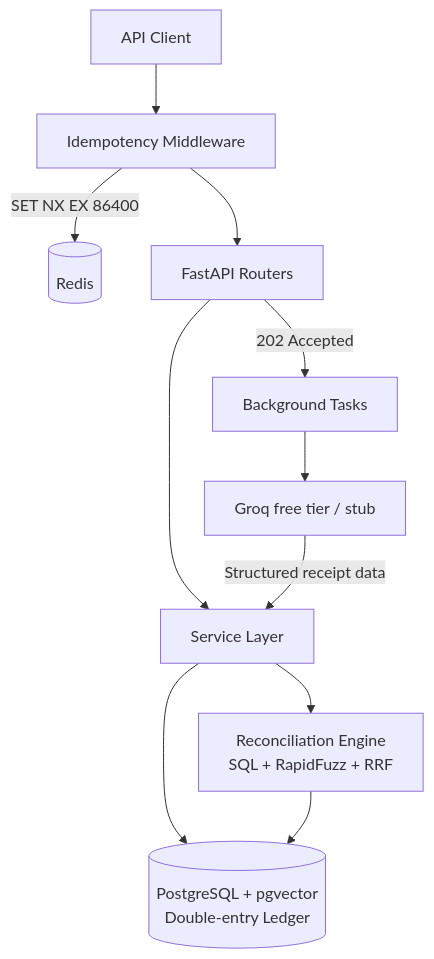
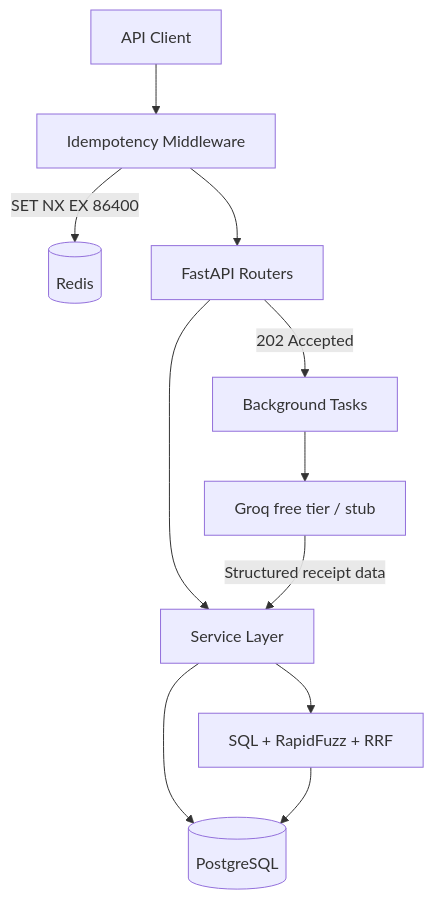
One commit to ikrame-ih/reckon-flow changed the diagram in README.md. Above: the diagram before and after it, drawn with Mermaid. The commit also changed other lines of this file and 88 other files, not shown here.

````diff
--- a/README.md
+++ b/README.md
@@ -24,13 +27,13 @@
 ```mermaid
 flowchart TD
   Client[API Client] --> MW[Idempotency Middleware]
   MW -->|"SET NX EX 86400"| Redis[(Redis)]
   MW --> Routers[FastAPI Routers]
   Routers --> Services[Service Layer]
-  Services --> PG[("PostgreSQL + pgvector<br/>Double-entry Ledger")]
+  Services --> PG[(PostgreSQL)]
   Routers -->|"202 Accepted"| BG[Background Tasks]
   BG --> LLM[Groq free tier / stub]
   LLM -->|Structured receipt data| Services
-  Services --> Recon[Reconciliation Engine<br/>SQL + RapidFuzz + RRF]
+  Services --> Recon[SQL + RapidFuzz + RRF]
   Recon --> PG
 ```
````
